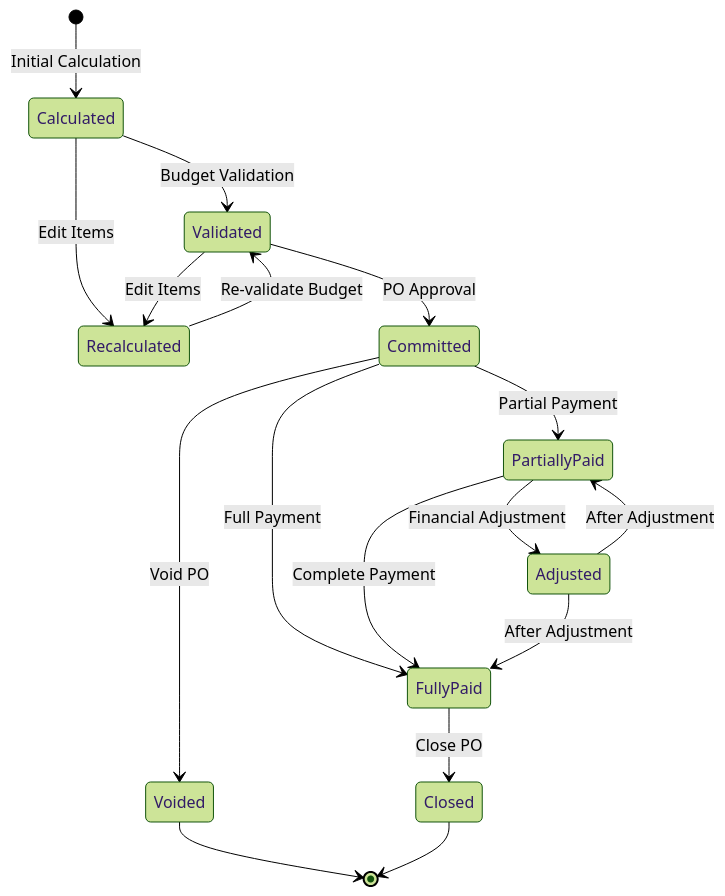
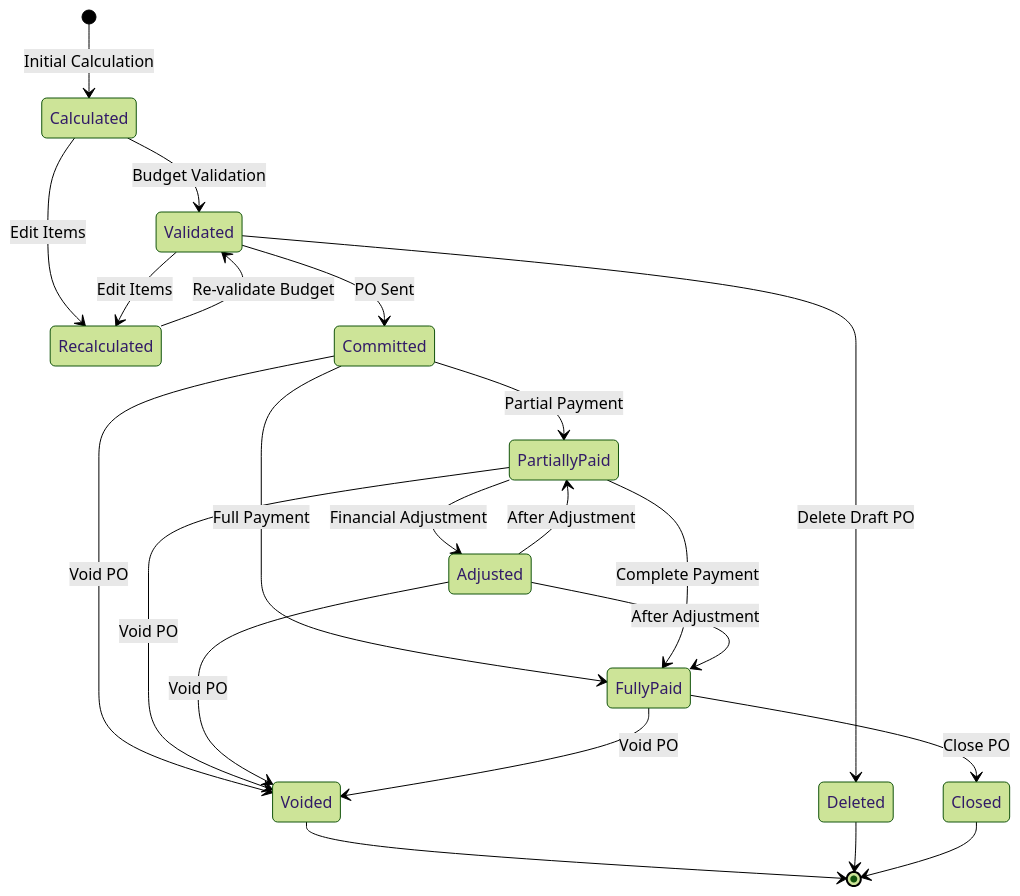
The third of 4 diagrams in docs/po/purchase-order-state-diagram.md (CarmenSoftware-organization/carmen), drawn with Mermaid (forest theme) before and after one commit. The commit also changed other lines of this file and 188 other files, not shown here.

````diff
--- a/docs/po/purchase-order-state-diagram.md
+++ b/docs/po/purchase-order-state-diagram.md
@@ -80,26 +75,40 @@
 ```mermaid
 stateDiagram-v2
     [*] --> Calculated: Initial Calculation
     
     Calculated --> Validated: Budget Validation
     Calculated --> Recalculated: Edit Items
     
-    Validated --> Committed: PO Approval
+    Validated --> Committed: PO Sent
     Validated --> Recalculated: Edit Items
+    Validated --> Deleted: Delete Draft PO
     
     Recalculated --> Validated: Re-validate Budget
     
     Committed --> PartiallyPaid: Partial Payment
     Committed --> FullyPaid: Full Payment
     Committed --> Voided: Void PO
     
     PartiallyPaid --> FullyPaid: Complete Payment
     PartiallyPaid --> Adjusted: Financial Adjustment
+    PartiallyPaid --> Voided: Void PO
     
     Adjusted --> PartiallyPaid: After Adjustment
     Adjusted --> FullyPaid: After Adjustment
+    Adjusted --> Voided: Void PO
     
     FullyPaid --> Closed: Close PO
+    FullyPaid --> Voided: Void PO
+    
     Voided --> [*]
+    Deleted --> [*]
     Closed --> [*]
+    
+    classDef draftState fill:#e6f7ff,stroke:#1890ff;
+    classDef activeState fill:#f6ffed,stroke:#52c41a;
+    classDef terminalState fill:#fff2e8,stroke:#fa8c16;
+    
+    class Calculated,Validated,Recalculated draftState;
+    class Committed,PartiallyPaid,Adjusted,FullyPaid activeState;
+    class Voided,Closed,Deleted terminalState;
 ```
````
